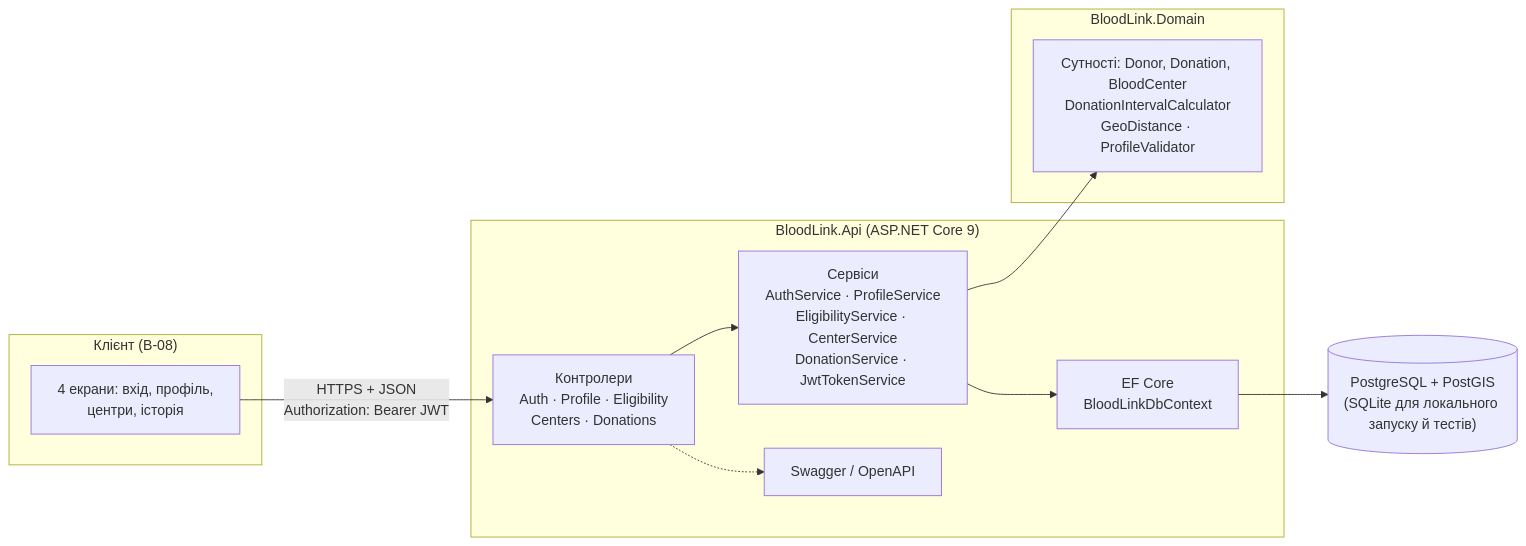
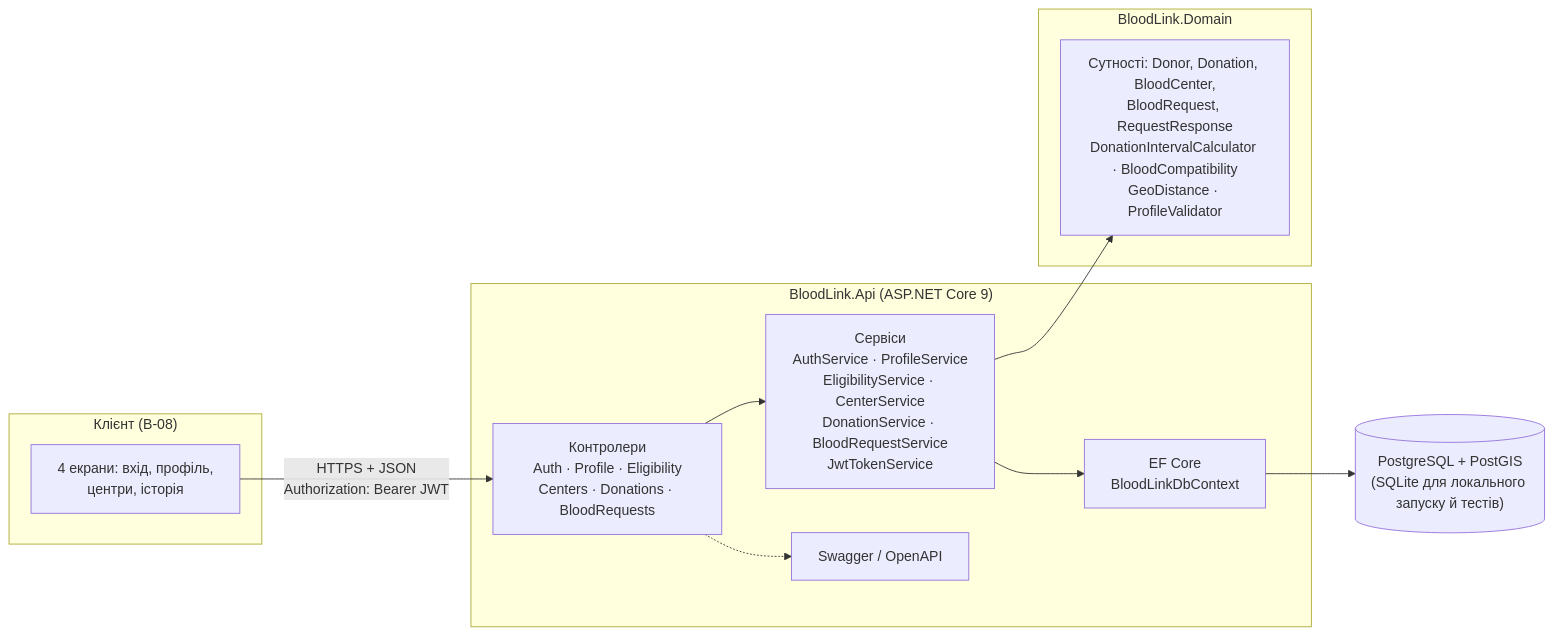
Before and after one commit to Chastuhinaa/BloodLink: the diagram in docs/architecture.md, drawn with Mermaid. The commit also changed other lines of this file and 1 other file, not shown here.

Commit message:
B-12: UML для запитів на кров (B-28)
Роль «людина, якій потрібна кров» на діаграмі варіантів використання, класи
BloodRequest, RequestResponse, BloodCompatibility, діаграма послідовності
запиту й відгуку донора; оновлена архітектура.

````diff
--- a/docs/architecture.md
+++ b/docs/architecture.md
@@ -7,26 +7,26 @@
 ```mermaid
 flowchart LR
     subgraph Client["Клієнт (B-08)"]
         UI["4 екрани: вхід, профіль,<br/>центри, історія"]
     end
 
     subgraph Api["BloodLink.Api (ASP.NET Core 9)"]
-        C["Контролери<br/>Auth · Profile · Eligibility<br/>Centers · Donations"]
-        S["Сервіси<br/>AuthService · ProfileService<br/>EligibilityService · CenterService<br/>DonationService · JwtTokenService"]
+        C["Контролери<br/>Auth · Profile · Eligibility<br/>Centers · Donations · BloodRequests"]
+        S["Сервіси<br/>AuthService · ProfileService<br/>EligibilityService · CenterService<br/>DonationService · BloodRequestService<br/>JwtTokenService"]
         EF["EF Core<br/>BloodLinkDbContext"]
         SW["Swagger / OpenAPI"]
     end
 
     subgraph Domain["BloodLink.Domain"]
-        D["Сутності: Donor, Donation, BloodCenter<br/>DonationIntervalCalculator<br/>GeoDistance · ProfileValidator"]
+        D["Сутності: Donor, Donation, BloodCenter,<br/>BloodRequest, RequestResponse<br/>DonationIntervalCalculator · BloodCompatibility<br/>GeoDistance · ProfileValidator"]
     end
 
     DB[("PostgreSQL + PostGIS<br/>(SQLite для локального запуску й тестів)")]
 
     UI -- "HTTPS + JSON<br/>Authorization: Bearer JWT" --> C
     C --> S
     S --> D
     S --> EF
     EF --> DB
     C -.-> SW
 ```
````
